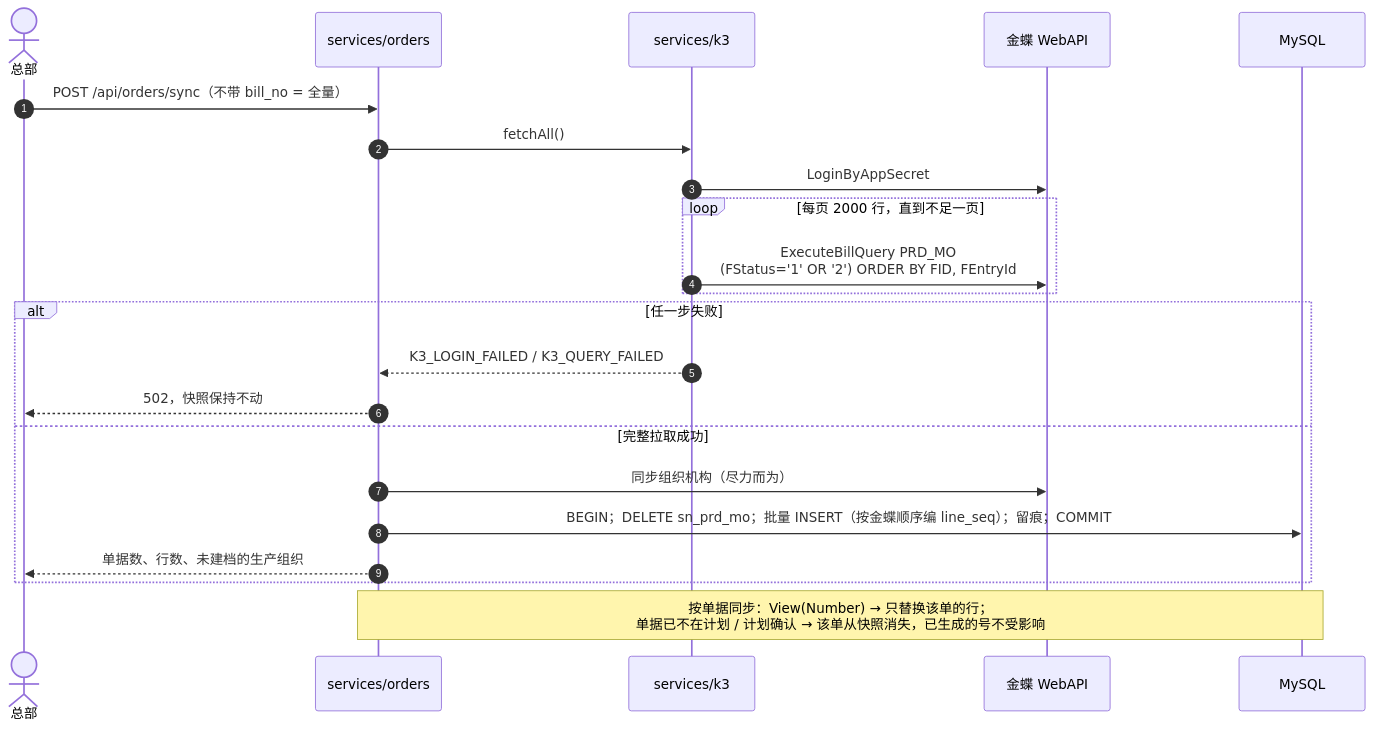
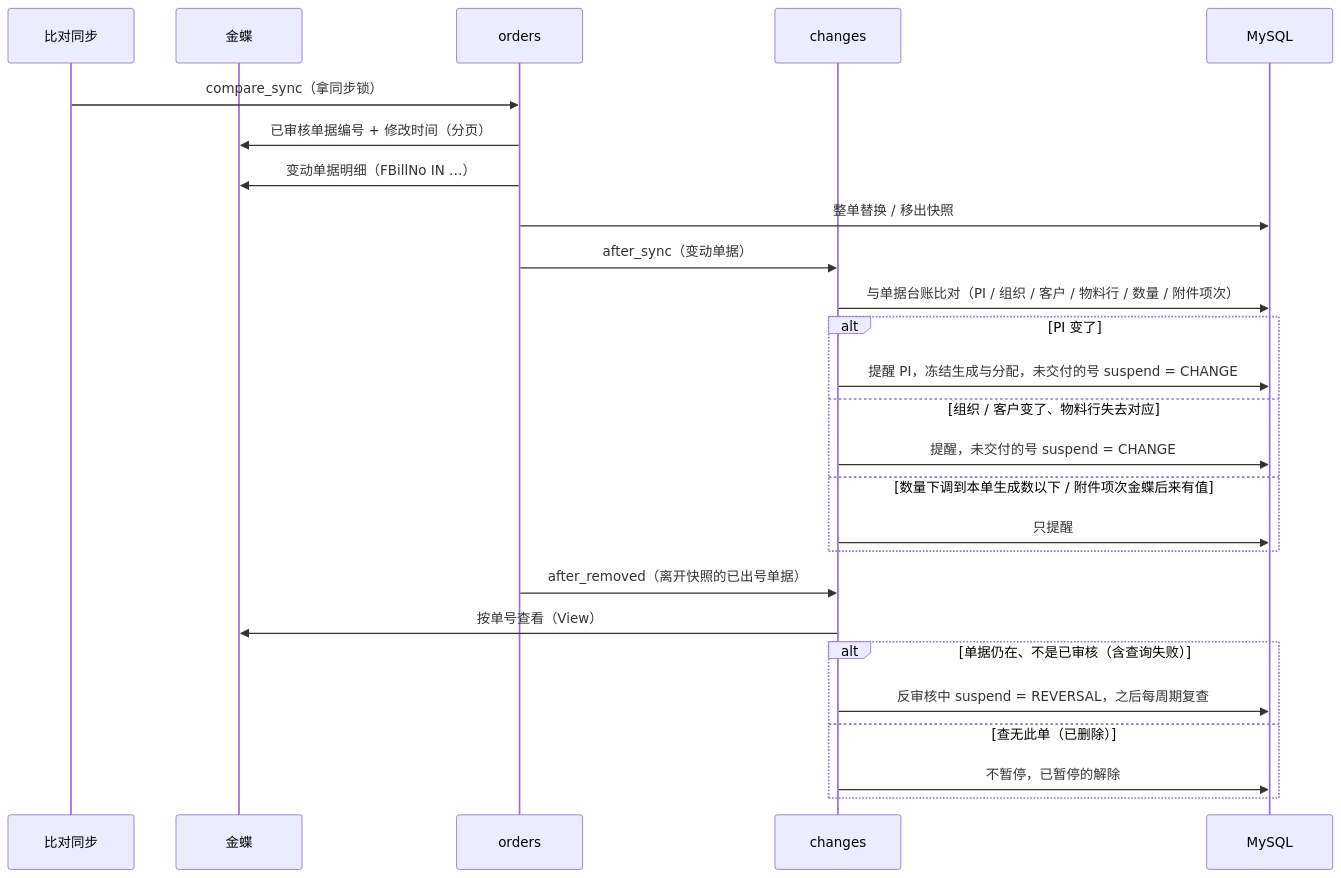
The fifth of 14 diagrams in docs/技术文档.md (Createsnow/sn-center), drawn with Mermaid before and after one commit. The commit also changed other lines of this file and 83 other files, not shown here.

````diff
--- a/docs/技术文档.md
+++ b/docs/技术文档.md
@@ -178,24 +269,28 @@
 ```mermaid
 sequenceDiagram
-    autonumber
-    actor H as 总部
-    participant O as services/orders
-    participant K as services/k3
-    participant K3 as 金蝶 WebAPI
+    participant S as 比对同步
+    participant K as 金蝶
+    participant O as orders
+    participant C as changes
     participant DB as MySQL
-    H->>O: POST /api/orders/sync（不带 bill_no = 全量）
-    O->>K: fetchAll()
-    K->>K3: LoginByAppSecret
-    loop 每页 2000 行，直到不足一页
-        K->>K3: ExecuteBillQuery PRD_MO<br/>(FStatus='1' OR '2') ORDER BY FID, FEntryId
+    S->>O: compare_sync（拿同步锁）
+    O->>K: 已审核单据编号 + 修改时间（分页）
+    O->>K: 变动单据明细（FBillNo IN …）
+    O->>DB: 整单替换 / 移出快照
+    O->>C: after_sync（变动单据）
+    C->>DB: 与单据台账比对（PI / 组织 / 客户 / 物料行 / 数量 / 附件项次）
+    alt PI 变了
+        C->>DB: 提醒 PI，冻结生成与分配，未交付的号 suspend = CHANGE
+    else 组织 / 客户变了、物料行失去对应
+        C->>DB: 提醒，未交付的号 suspend = CHANGE
+    else 数量下调到本单生成数以下 / 附件项次金蝶后来有值
+        C->>DB: 只提醒
     end
-    alt 任一步失败
-        K-->>O: K3_LOGIN_FAILED / K3_QUERY_FAILED
-        O-->>H: 502，快照保持不动
-    else 完整拉取成功
-        O->>K3: 同步组织机构（尽力而为）
-        O->>DB: BEGIN；DELETE sn_prd_mo；批量 INSERT（按金蝶顺序编 line_seq）；留痕；COMMIT
-        O-->>H: 单据数、行数、未建档的生产组织
+    O->>C: after_removed（离开快照的已出号单据）
+    C->>K: 按单号查看（View）
+    alt 单据仍在、不是已审核（含查询失败）
+        C->>DB: 反审核中 suspend = REVERSAL，之后每周期复查
+    else 查无此单（已删除）
+        C->>DB: 不暂停，已暂停的解除
     end
-    Note over O,DB: 按单据同步：View(Number) → 只替换该单的行；<br/>单据已不在计划 / 计划确认 → 该单从快照消失，已生成的号不受影响
 ```
````
